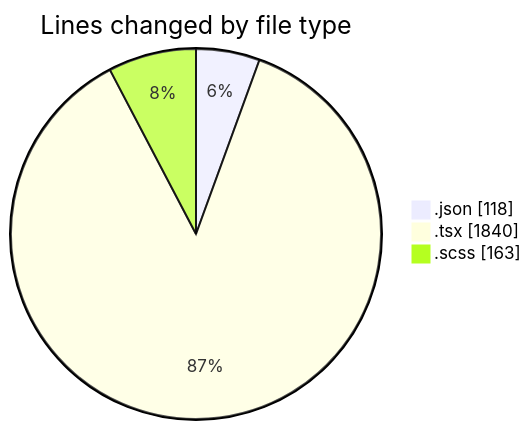
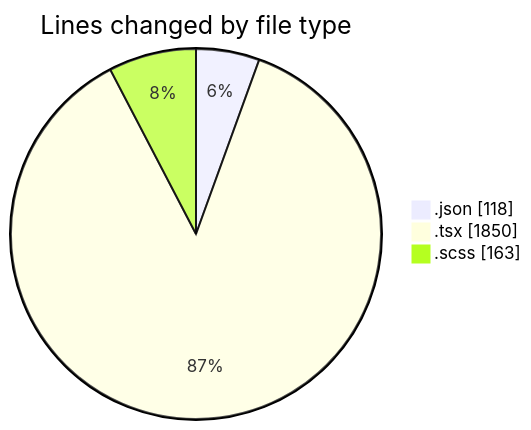
Before and after one commit to momahboobian/code-tracking: the first of 2 diagrams in 2025-11-19/cda/README.md, drawn with Mermaid. The commit also changed other lines of this file and 1 other file, not shown here.

````diff
--- a/2025-11-19/cda/README.md
+++ b/2025-11-19/cda/README.md
@@ -23,7 +23,7 @@
 ```mermaid
 pie showData
 title Lines changed by file type
 ".json" : 118
-".tsx" : 1840
+".tsx" : 1850
 ".scss" : 163
 ```
````
